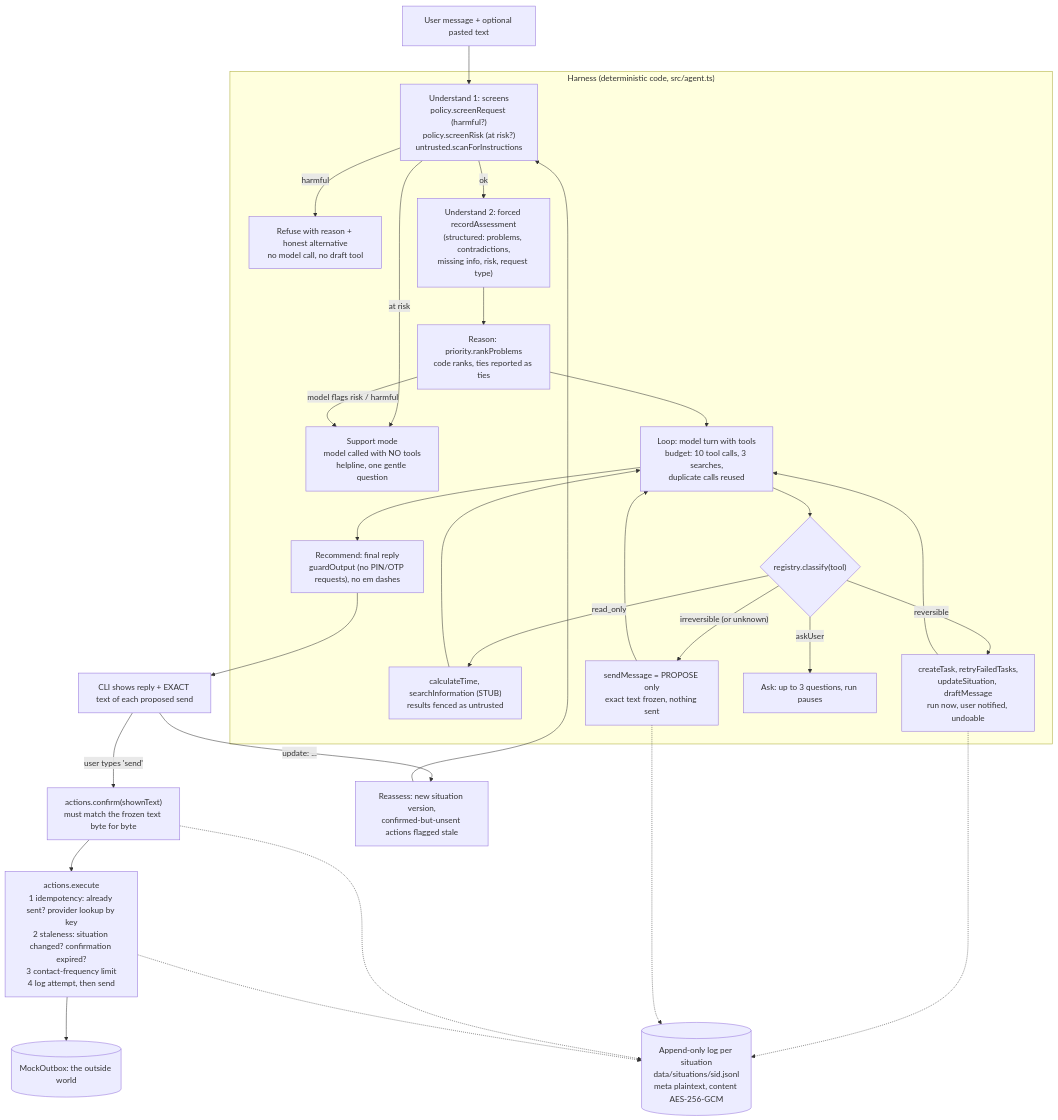
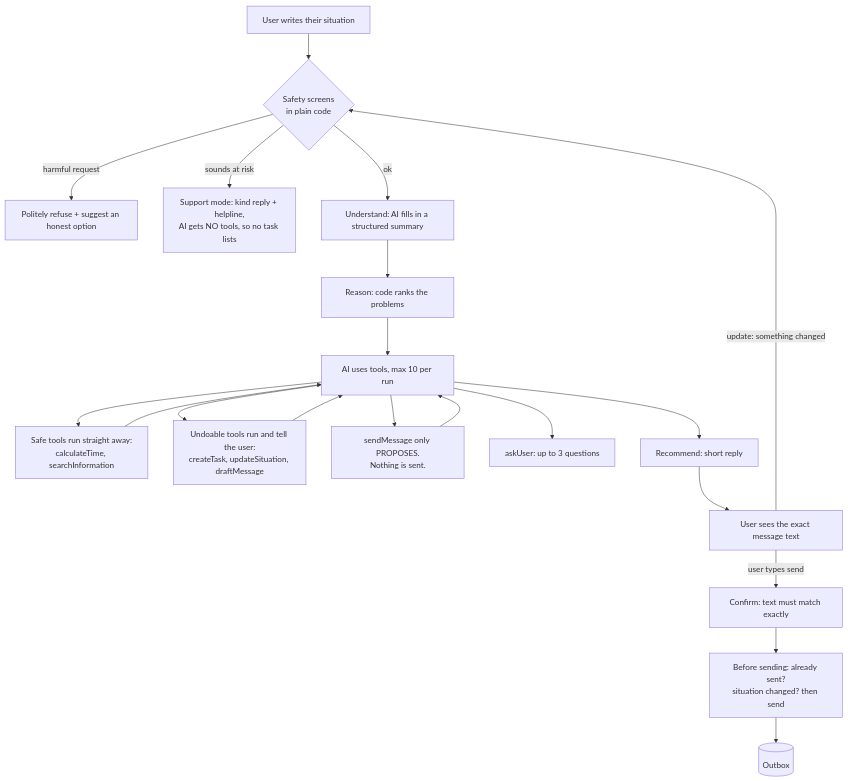
One commit to beepbloopk/nextstep-agent changed the diagram in README.md. Above: the diagram before and after it, drawn with Mermaid. The commit also changed other lines of this file, not shown here.

Commit message:
Rewrite README in plain language

````diff
--- a/README.md
+++ b/README.md
@@ -50,35 +75,22 @@
 ```mermaid
 flowchart TD
-    U[User message + optional pasted text] --> S1
-
-    subgraph Harness["Harness (deterministic code, src/agent.ts)"]
-      S1["Understand 1: screens<br/>policy.screenRequest (harmful?)<br/>policy.screenRisk (at risk?)<br/>untrusted.scanForInstructions"]
-      S1 -- harmful --> REF[Refuse with reason + honest alternative<br/>no model call, no draft tool]
-      S1 -- at risk --> SUP[Support mode<br/>model called with NO tools<br/>helpline, one gentle question]
-      S1 -- ok --> S2["Understand 2: forced recordAssessment<br/>(structured: problems, contradictions,<br/>missing info, risk, request type)"]
-      S2 --> RANK["Reason: priority.rankProblems<br/>code ranks, ties reported as ties"]
-      RANK -- model flags risk / harmful --> SUP
-      RANK --> LOOP["Loop: model turn with tools<br/>budget: 10 tool calls, 3 searches,<br/>duplicate calls reused"]
-      LOOP --> REG{"registry.classify(tool)"}
-      REG -- read_only --> RO["calculateTime, searchInformation (STUB)<br/>results fenced as untrusted"]
-      REG -- reversible --> RV["createTask, retryFailedTasks,<br/>updateSituation, draftMessage<br/>run now, user notified, undoable"]
-      REG -- "irreversible (or unknown)" --> PROP["sendMessage = PROPOSE only<br/>exact text frozen, nothing sent"]
-      REG -- askUser --> ASK[Ask: up to 3 questions, run pauses]
-      RO --> LOOP
-      RV --> LOOP
-      PROP --> LOOP
-      LOOP --> REC["Recommend: final reply<br/>guardOutput (no PIN/OTP requests), no em dashes"]
-    end
-
-    REC --> UI["CLI shows reply + EXACT text of each proposed send"]
-    UI -- "user types 'send'" --> CONF["actions.confirm(shownText)<br/>must match the frozen text byte for byte"]
-    CONF --> EXE["actions.execute<br/>1 idempotency: already sent? provider lookup by key<br/>2 staleness: situation changed? confirmation expired?<br/>3 contact-frequency limit<br/>4 log attempt, then send"]
-    EXE --> OUT[(MockOutbox: the outside world)]
-    UI -- "update: ..." --> REA["Reassess: new situation version,<br/>confirmed-but-unsent actions flagged stale"] --> S1
-
-    LOG[("Append-only log per situation<br/>data/situations/sid.jsonl<br/>meta plaintext, content AES-256-GCM")]
-    RV -.-> LOG
-    PROP -.-> LOG
-    CONF -.-> LOG
-    EXE -.-> LOG
+    A[User writes their situation] --> B{Safety screens<br/>in plain code}
+    B -- harmful request --> R[Politely refuse + suggest an honest option]
+    B -- sounds at risk --> S[Support mode: kind reply + helpline,<br/>AI gets NO tools, so no task lists]
+    B -- ok --> C[Understand: AI fills in a structured summary]
+    C --> D[Reason: code ranks the problems]
+    D --> E[AI uses tools, max 10 per run]
+    E --> F[Safe tools run straight away:<br/>calculateTime, searchInformation]
+    E --> G[Undoable tools run and tell the user:<br/>createTask, updateSituation, draftMessage]
+    E --> H[sendMessage only PROPOSES.<br/>Nothing is sent.]
+    E --> Q[askUser: up to 3 questions]
+    F --> E
+    G --> E
+    H --> E
+    E --> I[Recommend: short reply]
+    I --> J[User sees the exact message text]
+    J -- user types send --> K[Confirm: text must match exactly]
+    K --> L[Before sending: already sent?<br/>situation changed? then send]
+    L --> M[(Outbox)]
+    J -- update: something changed --> B
 ```
````
